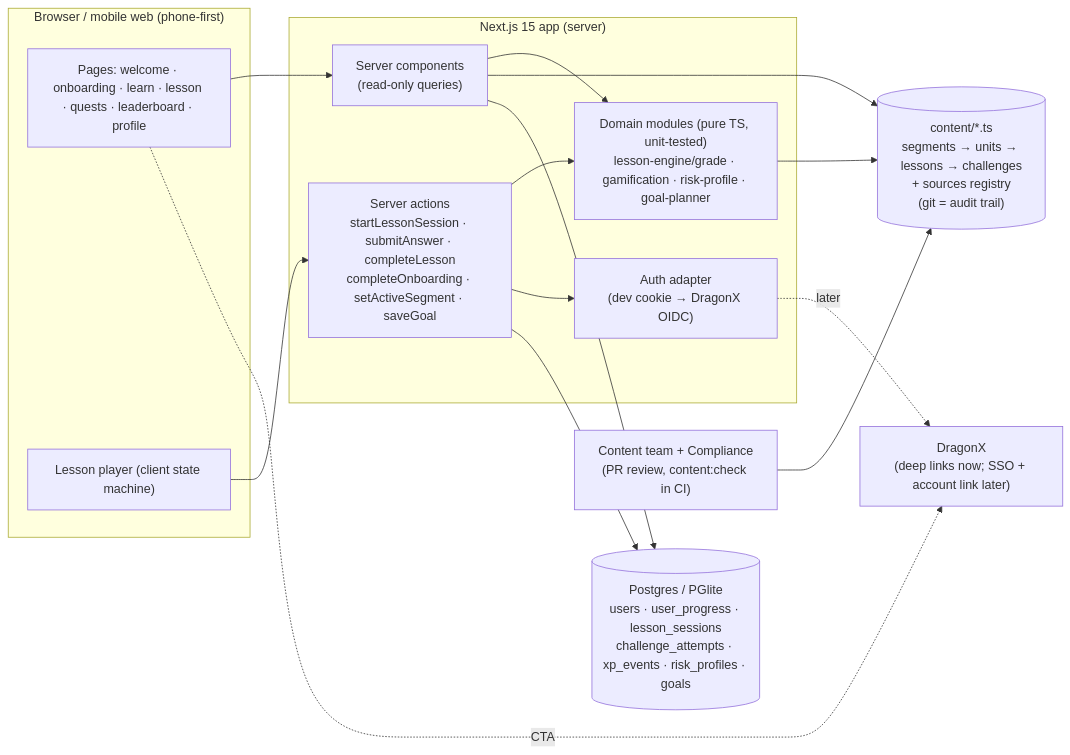
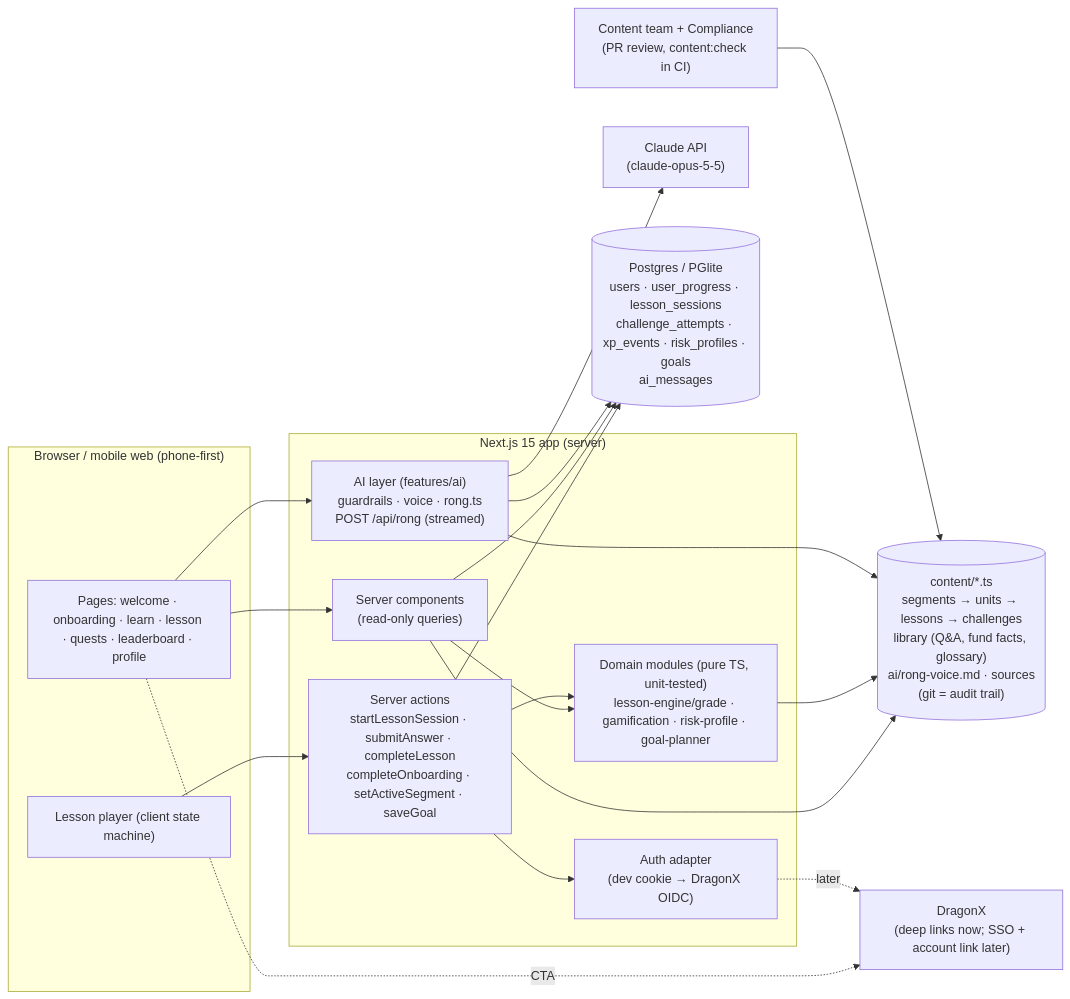
The first of 4 diagrams in docs/ARCHITECTURE.md (icememine/dceducationgame), drawn with Mermaid before and after one commit. The commit also changed other lines of this file and 34 other files, not shown here.

````diff
--- a/docs/ARCHITECTURE.md
+++ b/docs/ARCHITECTURE.md
@@ -42,32 +74,38 @@
 ```mermaid
 flowchart LR
   subgraph Client["Browser / mobile web (phone-first)"]
     UI["Pages: welcome · onboarding · learn · lesson · quests · leaderboard · profile"]
     Player["Lesson player (client state machine)"]
   end
 
   subgraph Next["Next.js 15 app (server)"]
     RSC["Server components<br/>(read-only queries)"]
     Actions["Server actions<br/>startLessonSession · submitAnswer · completeLesson<br/>completeOnboarding · setActiveSegment · saveGoal"]
     Engine["Domain modules (pure TS, unit-tested)<br/>lesson-engine/grade · gamification · risk-profile · goal-planner"]
+    AI["AI layer (features/ai)<br/>guardrails · voice · rong.ts<br/>POST /api/rong (streamed)"]
     Auth["Auth adapter<br/>(dev cookie → DragonX OIDC)"]
   end
 
-  Content[("content/*.ts<br/>segments → units → lessons → challenges<br/>+ sources registry<br/>(git = audit trail)")]
-  DB[("Postgres / PGlite<br/>users · user_progress · lesson_sessions<br/>challenge_attempts · xp_events · risk_profiles · goals")]
+  Content[("content/*.ts<br/>segments → units → lessons → challenges<br/>library (Q&A, fund facts, glossary)<br/>ai/rong-voice.md · sources<br/>(git = audit trail)")]
+  Claude["Claude API<br/>(claude-opus-5-5)"]
+  DB[("Postgres / PGlite<br/>users · user_progress · lesson_sessions<br/>challenge_attempts · xp_events · risk_profiles · goals<br/>ai_messages")]
   DragonX["DragonX<br/>(deep links now; SSO + account link later)"]
   CMS["Content team + Compliance<br/>(PR review, content:check in CI)"]
 
   UI --> RSC
   Player --> Actions
   RSC --> Engine
   Actions --> Engine
   Actions --> Auth
   RSC --> Content
   Engine --> Content
   Actions --> DB
   RSC --> DB
+  UI --> AI
+  AI --> Content
+  AI --> Claude
+  AI --> DB
   UI -. CTA .-> DragonX
   Auth -. later .-> DragonX
   CMS --> Content
 ```
````
